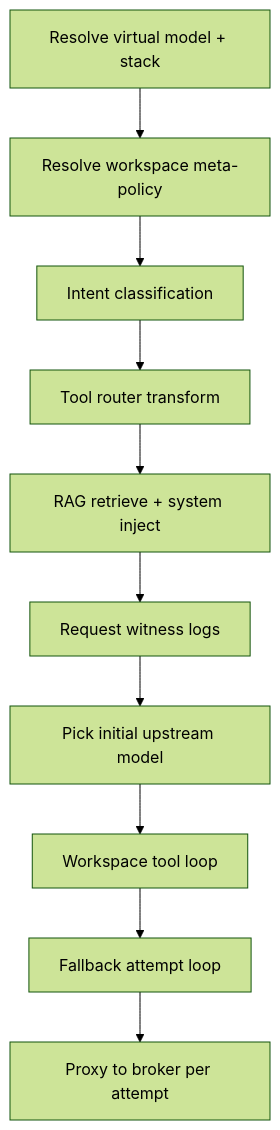
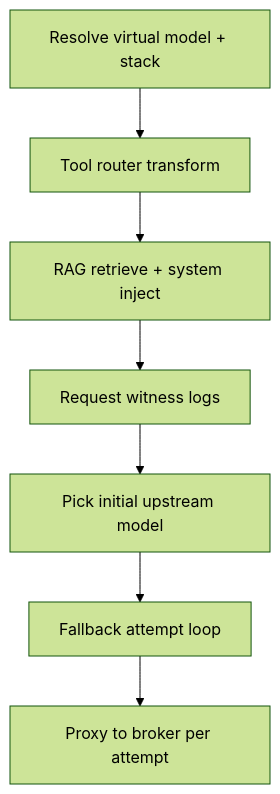
Before and after one commit to lynnvfrank/porcelain: the diagram in docs/features/gateway-chat-routing-pipeline.md, drawn with Mermaid (forest theme). The commit also changed other lines of this file and 159 other files, not shown here.

````diff
--- a/docs/features/gateway-chat-routing-pipeline.md
+++ b/docs/features/gateway-chat-routing-pipeline.md
@@ -32,12 +32,9 @@
 ```mermaid
 flowchart TD
-  A[Resolve virtual model + stack] --> B[Resolve workspace meta-policy]
-  B --> C[Intent classification]
-  C --> D[Tool router transform]
-  D --> E[RAG retrieve + system inject]
-  E --> F[Request witness logs]
-  F --> G[Pick initial upstream model]
-  G --> H[Workspace tool loop]
-  H --> I[Fallback attempt loop]
-  I --> J[Proxy to broker per attempt]
+  A[Resolve virtual model + stack] --> B[Tool router transform]
+  B --> C[RAG retrieve + system inject]
+  C --> D[Request witness logs]
+  D --> E[Pick initial upstream model]
+  E --> F[Fallback attempt loop]
+  F --> G[Proxy to broker per attempt]
 ```
````
